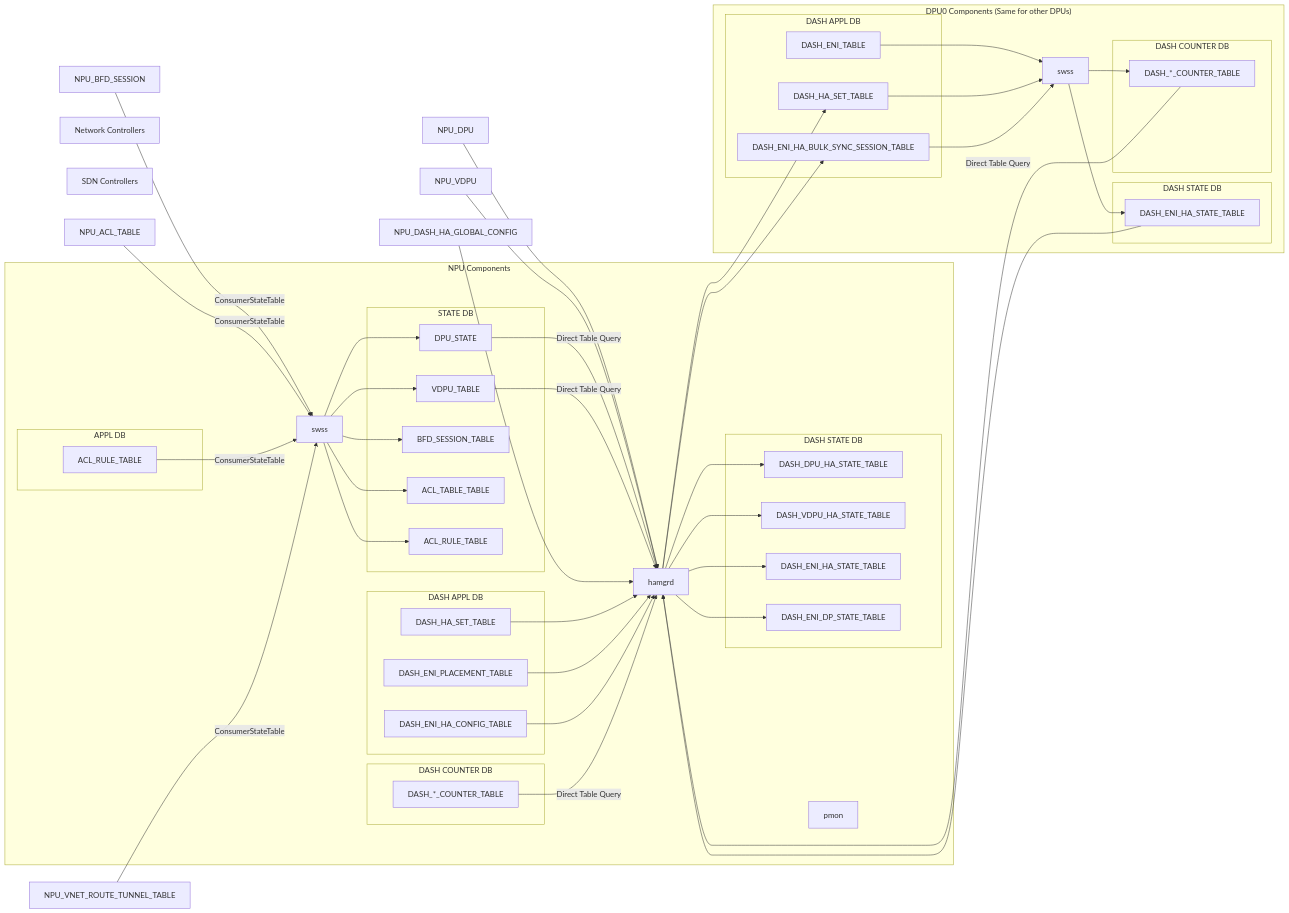
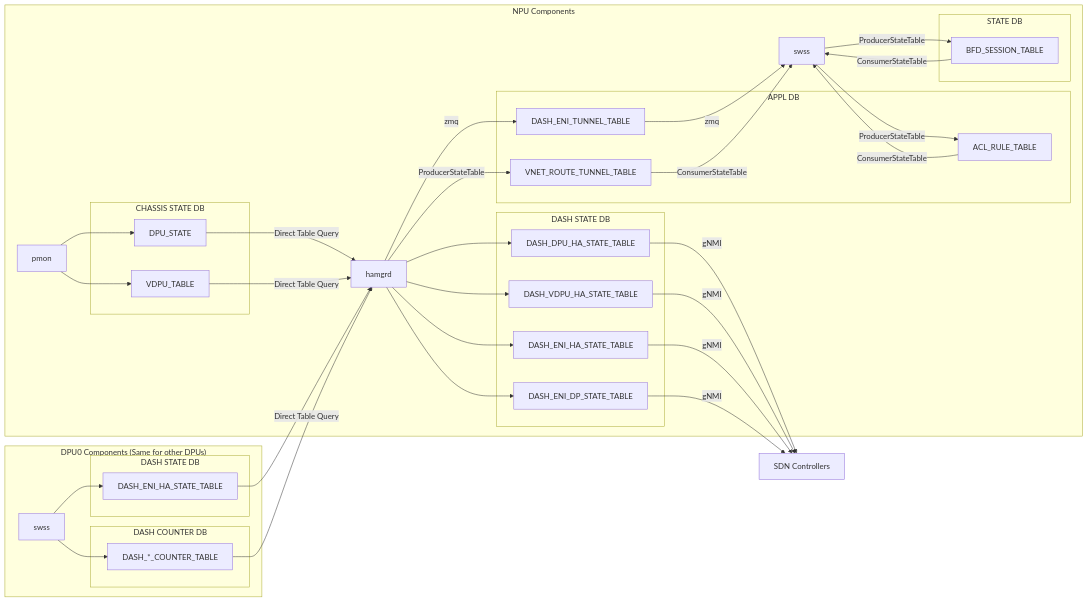
One commit to sonic-net/SONiC changed the second of 2 diagrams in doc/smart-switch/high-availability/smart-switch-ha-detailed-design.md. Above: the diagram before and after it, drawn with Mermaid. The commit also changed other lines of this file, not shown here.

Commit message:
State generation path.

````diff
--- a/doc/smart-switch/high-availability/smart-switch-ha-detailed-design.md
+++ b/doc/smart-switch/high-availability/smart-switch-ha-detailed-design.md
@@ -157,6 +164,5 @@
 ```mermaid
 flowchart LR
-   NC[Network Controllers]
    SC[SDN Controllers]
 
    subgraph NPU Components
@@ -166,20 +172,17 @@
 
       subgraph APPL DB
          NPU_ACL_RULE[ACL_RULE_TABLE]
+         NPU_DASH_ENI_TUNNEL_TABLE[DASH_ENI_TUNNEL_TABLE]
+         NPU_VNET_ROUTE_TUNNEL_TABLE[VNET_ROUTE_TUNNEL_TABLE]
       end
 
-      subgraph DASH APPL DB
-         NPU_DASH_HA_SET[DASH_HA_SET_TABLE]
-         NPU_DASH_ENI_PLACEMENT[DASH_ENI_PLACEMENT_TABLE]
-         NPU_DASH_ENI_HA_CONFIG[DASH_ENI_HA_CONFIG_TABLE]
+      subgraph CHASSIS STATE DB
+         NPU_DPU_STATE[DPU_STATE]
+         NPU_VDPU_STATE[VDPU_TABLE]
       end
 
       subgraph STATE DB
-         NPU_DPU_STATE[DPU_STATE]
-         NPU_VDPU_STATE[VDPU_TABLE]
          NPU_BFD_SESSION_STATE[BFD_SESSION_TABLE]
-         NPU_ACL_TABLE_STATE[ACL_TABLE_TABLE]
-         NPU_ACL_RULE_STATE[ACL_RULE_TABLE]
       end
 
       subgraph DASH STATE DB
@@ -188,20 +191,10 @@
          NPU_DASH_ENI_HA_STATE[DASH_ENI_HA_STATE_TABLE]
          NPU_DASH_ENI_DP_STATE[DASH_ENI_DP_STATE_TABLE]
       end
-
-      subgraph DASH COUNTER DB
-         NPU_DASH_COUNTERS[DASH_*_COUNTER_TABLE]
-      end
    end
 
    subgraph "DPU0 Components (Same for other DPUs)"
       DPU_SWSS[swss]
-
-      subgraph DASH APPL DB
-         DPU_DASH_HA_SET[DASH_HA_SET_TABLE]
-         DPU_DASH_ENI[DASH_ENI_TABLE]
-         DPU_DASH_ENI_HA_BULK_SYNC_SESSION[DASH_ENI_HA_BULK_SYNC_SESSION_TABLE]
-      end
 
       subgraph DASH STATE DB
          DPU_DASH_ENI_HA_STATE[DASH_ENI_HA_STATE_TABLE]
@@ -212,50 +205,47 @@
       end
    end
 
+   %% NPU side PMON --> NPU tables:
+   NPU_PMON --> NPU_DPU_STATE
+   NPU_PMON --> NPU_VDPU_STATE
+
+   %% NPU tables --> hamgrd:
+   NPU_DPU_STATE --> |Direct Table Query| NPU_HAMGRD
+   NPU_VDPU_STATE --> |Direct Table Query| NPU_HAMGRD
+
    %% NPU tables --> NPU side SWSS:
-   NPU_BFD_SESSION --> |ConsumerStateTable| NPU_SWSS
-   NPU_ACL_TABLE --> |ConsumerStateTable| NPU_SWSS
+   NPU_BFD_SESSION_STATE --> |ConsumerStateTable| NPU_SWSS
    NPU_ACL_RULE --> |ConsumerStateTable| NPU_SWSS
+   NPU_DASH_ENI_TUNNEL_TABLE --> |zmq| NPU_SWSS
    NPU_VNET_ROUTE_TUNNEL_TABLE --> |ConsumerStateTable| NPU_SWSS
 
    %% NPU side SWSS --> NPU tables:
-   NPU_SWSS --> NPU_DPU_STATE
-   NPU_SWSS --> NPU_VDPU_STATE
-   NPU_SWSS --> NPU_BFD_SESSION_STATE
-   NPU_SWSS --> NPU_ACL_TABLE_STATE
-   NPU_SWSS --> NPU_ACL_RULE_STATE
-
-   %% NPU tables --> hamgrd:
-   NPU_DPU --> NPU_HAMGRD
-   NPU_VDPU --> NPU_HAMGRD
-   NPU_DPU_STATE --> |Direct Table Query| NPU_HAMGRD
-   NPU_VDPU_STATE --> |Direct Table Query| NPU_HAMGRD
-   NPU_DASH_HA_GLOBAL_CONFIG --> NPU_HAMGRD
-   NPU_DASH_HA_SET --> NPU_HAMGRD
-   NPU_DASH_ENI_PLACEMENT --> NPU_HAMGRD
-   NPU_DASH_ENI_HA_CONFIG --> NPU_HAMGRD
-   NPU_DASH_COUNTERS --> |Direct Table Query| NPU_HAMGRD
+   NPU_SWSS --> |ProducerStateTable| NPU_BFD_SESSION_STATE
+   NPU_SWSS --> |ProducerStateTable| NPU_ACL_RULE
 
    %% DPU tables --> hamgrd:
    DPU_DASH_ENI_HA_STATE --> NPU_HAMGRD
    DPU_DASH_COUNTERS --> |Direct Table Query| NPU_HAMGRD
 
    %% hamgrd --> NPU tables:
+   NPU_HAMGRD --> |zmq| NPU_DASH_ENI_TUNNEL_TABLE
+   NPU_HAMGRD --> |ProducerStateTable| NPU_VNET_ROUTE_TUNNEL_TABLE
    NPU_HAMGRD --> NPU_DASH_DPU_HA_STATE
    NPU_HAMGRD --> NPU_DASH_VDPU_HA_STATE
    NPU_HAMGRD --> NPU_DASH_ENI_HA_STATE
    NPU_HAMGRD --> NPU_DASH_ENI_DP_STATE
 
    %% hamgrd --> DPU tables:
-   NPU_HAMGRD --> DPU_DASH_HA_SET
-   NPU_HAMGRD --> DPU_DASH_ENI_HA_BULK_SYNC_SESSION
 
    %% DPU tables --> DPU SWSS:
-   DPU_DASH_ENI --> DPU_SWSS
-   DPU_DASH_HA_SET --> DPU_SWSS
-   DPU_DASH_ENI_HA_BULK_SYNC_SESSION --> DPU_SWSS
 
    %% DPU swss --> DPU tables:
    DPU_SWSS --> DPU_DASH_ENI_HA_STATE
    DPU_SWSS --> DPU_DASH_COUNTERS
+
+   %% NPU state tables --> Upstream service:
+   NPU_DASH_DPU_HA_STATE --> |gNMI| SC
+   NPU_DASH_VDPU_HA_STATE --> |gNMI| SC
+   NPU_DASH_ENI_HA_STATE --> |gNMI| SC
+   NPU_DASH_ENI_DP_STATE --> |gNMI| SC
 ```
````
